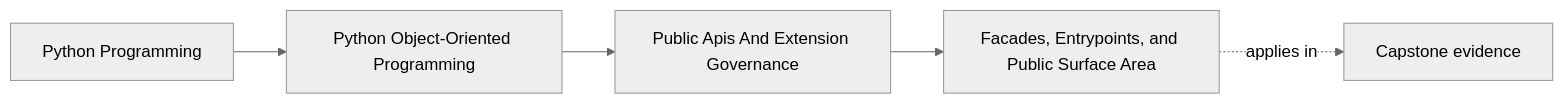
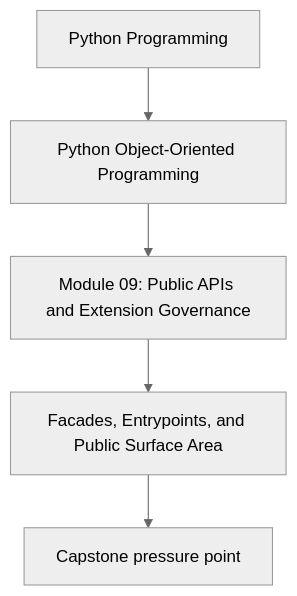
Before and after one commit to bijux/bijux-masterclass: the first of 2 diagrams in programs/python-programming/python-object-oriented-programming/course-book/module-09-public-apis-and-extension-governance/facades-entrypoints-and-public-surface-area.md, drawn with Mermaid (neutral theme). The commit also changed other lines of this file and 107 other files, not shown here.

Commit message:
docs(python-object-oriented-programming): align concept page diagrams

````diff
--- a/programs/python-programming/python-object-oriented-programming/course-book/module-09-public-apis-and-extension-governance/facades-entrypoints-and-public-surface-area.md
+++ b/programs/python-programming/python-object-oriented-programming/course-book/module-09-public-apis-and-extension-governance/facades-entrypoints-and-public-surface-area.md
@@ -7,11 +7,7 @@
 ```mermaid
-graph LR
-  family["Python Programming"]
-  program["Python Object-Oriented Programming"]
-  section["Public Apis And Extension Governance"]
-  page["Facades, Entrypoints, and Public Surface Area"]
-  capstone["Capstone evidence"]
-
-  family --> program --> section --> page
-  page -.applies in.-> capstone
+flowchart TD
+  family["Python Programming"] --> program["Python Object-Oriented Programming"]
+  program --> module["Module 09: Public APIs and Extension Governance"]
+  module --> concept["Facades, Entrypoints, and Public Surface Area"]
+  concept --> capstone["Capstone pressure point"]
 ```
````
